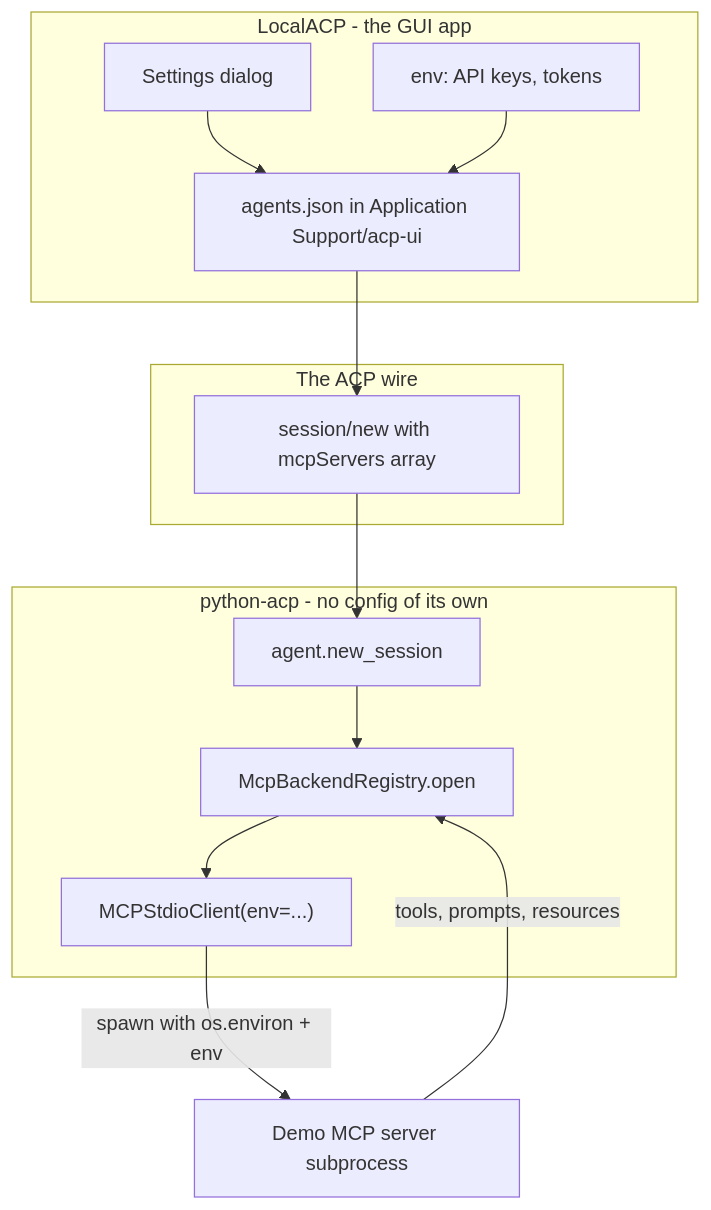
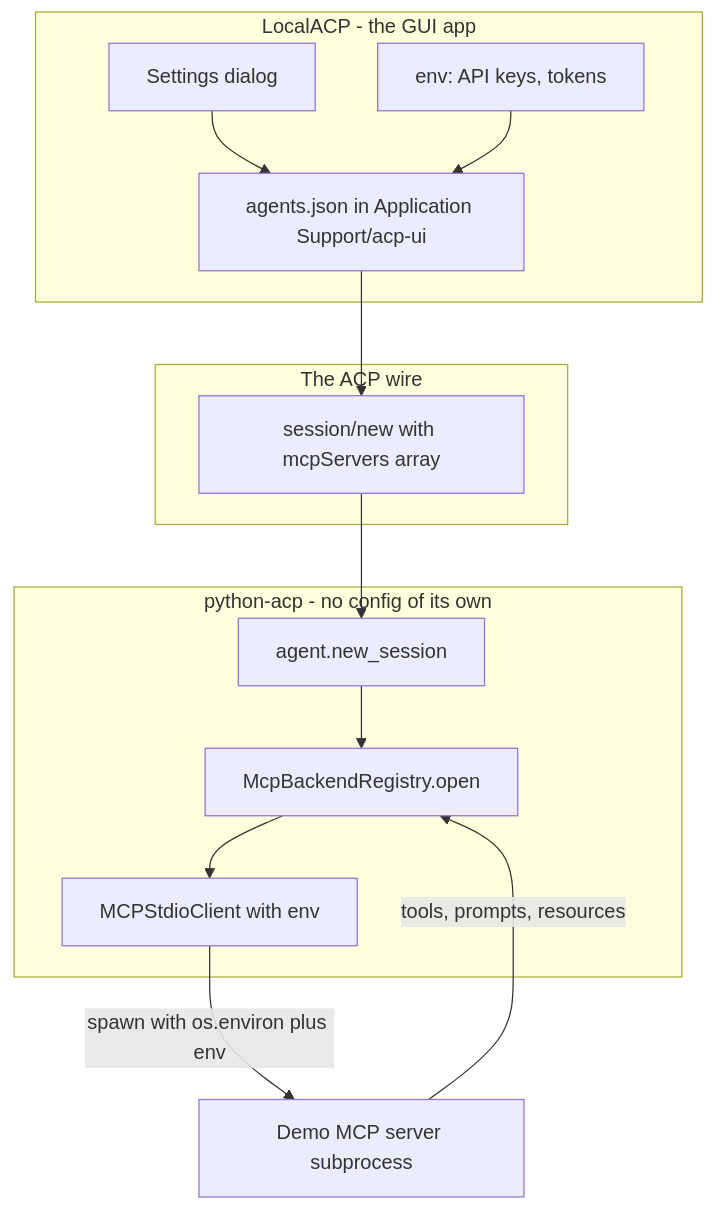
One commit to Digital-Dimentia/python-acp changed the second of 2 diagrams in docs/localacp-walkthrough.md. Above: the diagram before and after it, drawn with Mermaid.

Commit message:
docs: quote every label in the 2a diagram so GitHub renders it
The section 2a flowchart parses cleanly under mermaid 10.9 and 11
locally, but GitHub does not draw it. The one construct here that the
repo's other subgraph diagram (docs/module-boundaries.md) does not use
is an unquoted subgraph title, and two of these three carry a spaced
hyphen -- subgraph titles take a different lexer path than node text,
which is where a title like "python-acp - no config of its own" comes
apart.

So: quote all three titles, quote the two remaining bare node labels,
and quote both edge labels. Two label texts change with them --
MCPStdioClient(env=...) drops the parens-plus-ellipsis, and the edge
label spells "plus" instead of a bare +, since both are shape- and
lexer-ambiguous in unquoted text.

The picture is unchanged: parsing before and after yields the same 8
nodes, 3 subgraphs and 8 edges. Verified by parse only -- mmdc wants a
headless Chrome this environment cannot fetch -- so this is a
normalisation to the strictest-safe form, not a render I watched flip.

Claude-Session: https://claude.ai/code/session_01QesgZM7rYTnTEJvpFA1iA7

````diff
--- a/docs/localacp-walkthrough.md
+++ b/docs/localacp-walkthrough.md
@@ -94,29 +94,29 @@
 ```mermaid
 flowchart TB
-  subgraph gui[LocalACP - the GUI app]
-    settings[Settings dialog]
+  subgraph gui["LocalACP - the GUI app"]
+    settings["Settings dialog"]
     store["agents.json in Application Support/acp-ui"]
     creds["env: API keys, tokens"]
   end
 
-  subgraph wire[The ACP wire]
+  subgraph wire["The ACP wire"]
     newsession["session/new with mcpServers array"]
   end
 
-  subgraph bridge[python-acp - no config of its own]
+  subgraph bridge["python-acp - no config of its own"]
     agentpy["agent.new_session"]
     registry["McpBackendRegistry.open"]
-    client["MCPStdioClient(env=...)"]
+    client["MCPStdioClient with env"]
   end
 
-  proc[Demo MCP server subprocess]
+  proc["Demo MCP server subprocess"]
 
   settings --> store
   creds --> store
   store --> newsession
   newsession --> agentpy
   agentpy --> registry
   registry --> client
-  client -->|spawn with os.environ + env| proc
-  proc -->|tools, prompts, resources| registry
+  client -->|"spawn with os.environ plus env"| proc
+  proc -->|"tools, prompts, resources"| registry
 ```
````
